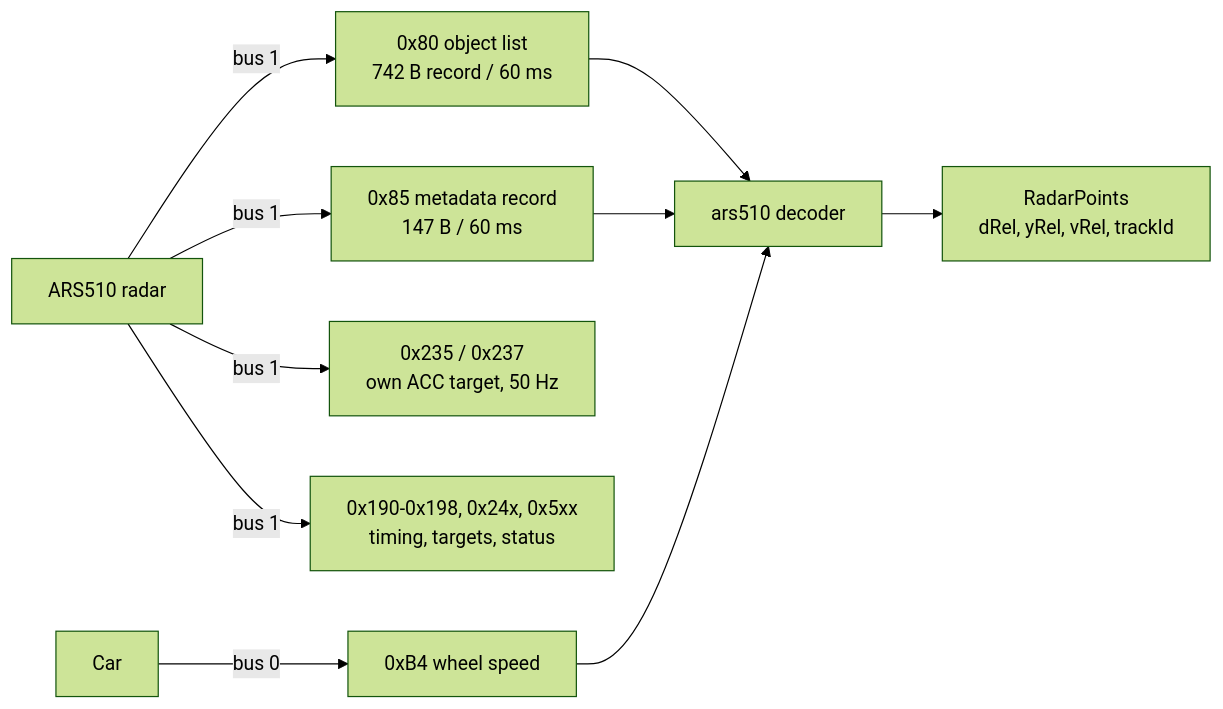
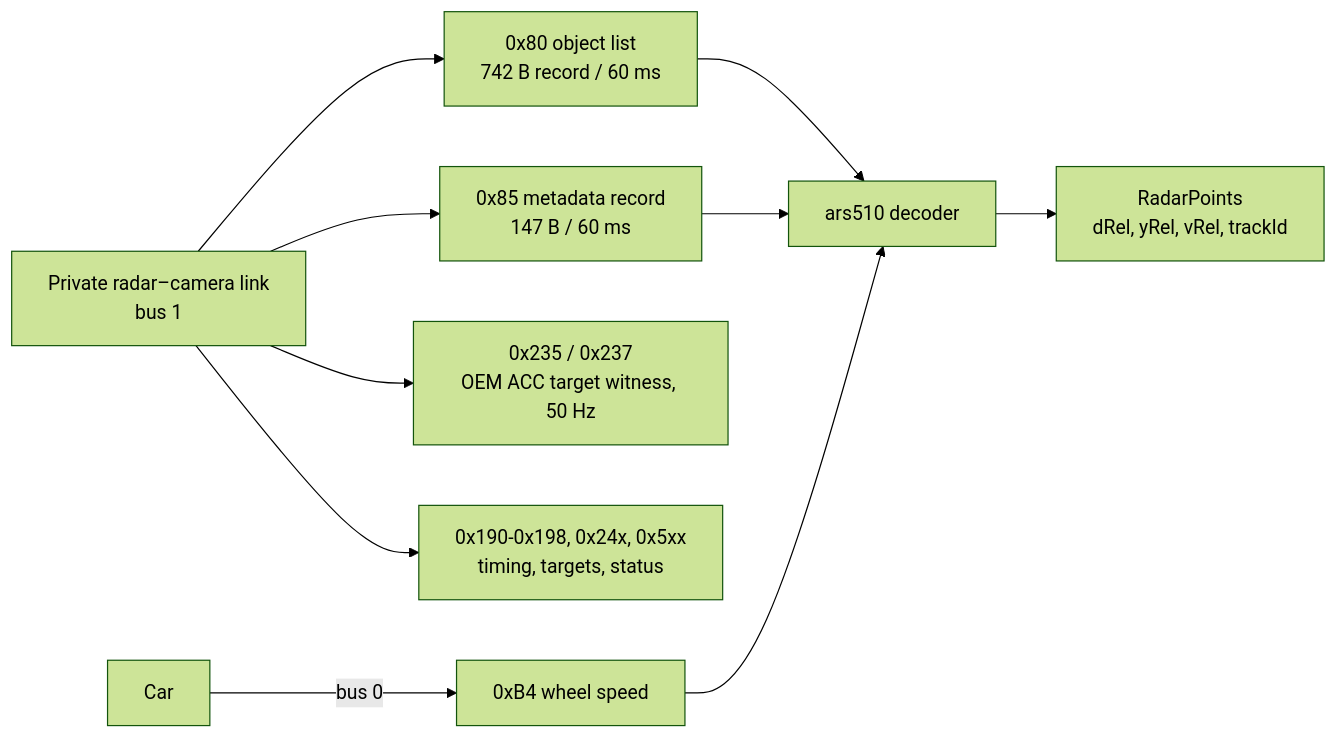
The diagram in docs/01_radar_bus.md (ds-sebastian/ars510-radar), drawn with Mermaid (forest theme) before and after one commit. The commit also changed other lines of this file and 10 other files, not shown here.

Commit message:
Clarify OEM ACC witness source and availability

````diff
--- a/docs/01_radar_bus.md
+++ b/docs/01_radar_bus.md
@@ -6,12 +6,12 @@
 ```mermaid
 flowchart LR
-    R[ARS510 radar] -- "bus 1" --> O["0x80 object list<br/>742 B record / 60 ms"]
-    R -- "bus 1" --> M["0x85 metadata record<br/>147 B / 60 ms"]
-    R -- "bus 1" --> A["0x235 / 0x237<br/>own ACC target, 50 Hz"]
-    R -- "bus 1" --> S["0x190-0x198, 0x24x, 0x5xx<br/>timing, targets, status"]
+    L["Private radar–camera link<br/>bus 1"] --> O["0x80 object list<br/>742 B record / 60 ms"]
+    L --> M["0x85 metadata record<br/>147 B / 60 ms"]
+    L --> A["0x235 / 0x237<br/>OEM ACC target witness, 50 Hz"]
+    L --> S["0x190-0x198, 0x24x, 0x5xx<br/>timing, targets, status"]
     C[Car] -- "bus 0" --> E["0xB4 wheel speed"]
     O --> D[ars510 decoder]
     M --> D
     E --> D
     D --> P["RadarPoints<br/>dRel, yRel, vRel, trackId"]
 ```
````
